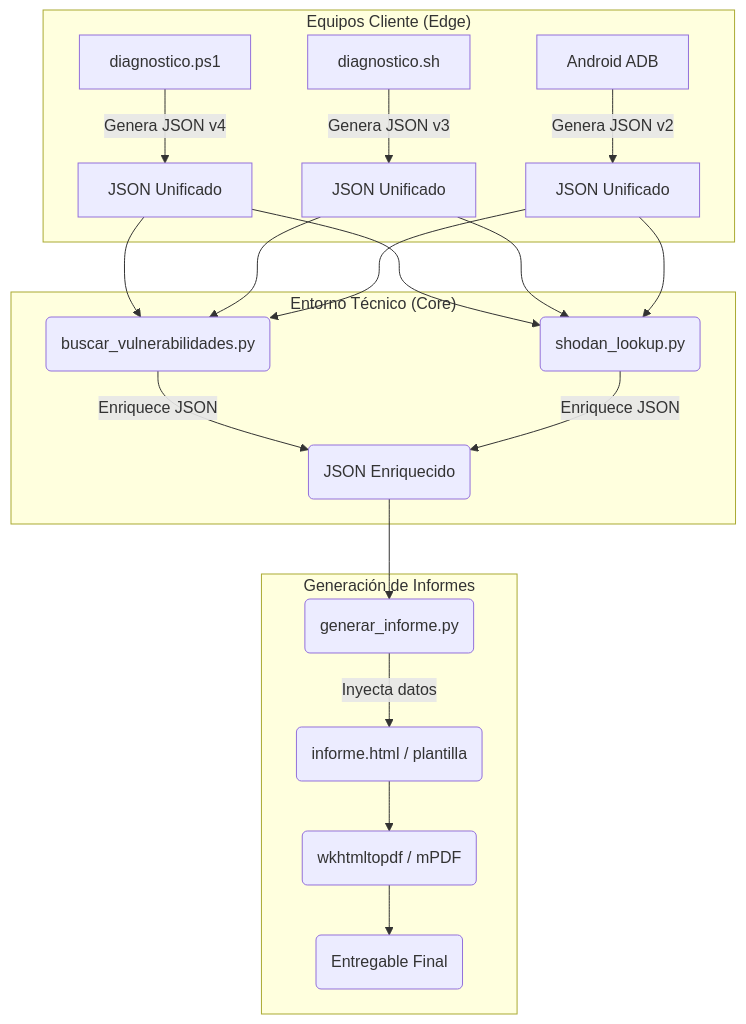
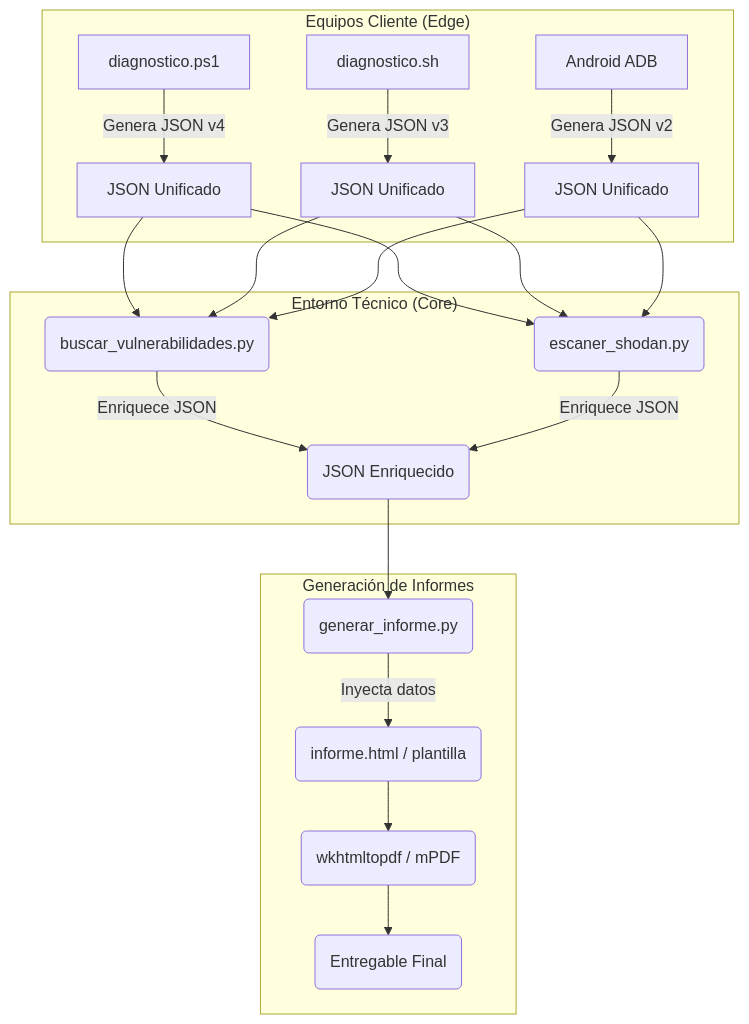
One commit to Haplee/ResolvCore changed the diagram in docs/arquitectura-scripting.md. Above: the diagram before and after it, drawn with Mermaid. The commit also changed other lines of this file and 13 other files, not shown here.

First line of the commit message:
docs(sprint): cerrar sprint 16-21 mayo, normalizar nombre escaner_shodan.py

````diff
--- a/docs/arquitectura-scripting.md
+++ b/docs/arquitectura-scripting.md
@@ -12,22 +12,22 @@
 ```mermaid
 graph TD
     subgraph Edge ["Equipos Cliente (Edge)"]
         W[diagnostico.ps1] -->|Genera JSON v4| J1[JSON Unificado]
         L[diagnostico.sh] -->|Genera JSON v3| J2[JSON Unificado]
         A[Android ADB] -->|Genera JSON v2| J3[JSON Unificado]
     end
 
     subgraph Core ["Entorno Técnico (Core)"]
         J1 & J2 & J3 --> BV(buscar_vulnerabilidades.py)
-        J1 & J2 & J3 --> SL(shodan_lookup.py)
+        J1 & J2 & J3 --> SL(escaner_shodan.py)
         BV -->|Enriquece JSON| JSON_FIN(JSON Enriquecido)
         SL -->|Enriquece JSON| JSON_FIN
     end
 
     subgraph Report ["Generación de Informes"]
         JSON_FIN --> GI(generar_informe.py)
         GI -->|Inyecta datos| TPL(informe.html / plantilla)
         TPL --> PDF(wkhtmltopdf / mPDF)
         PDF --> CLIENTE(Entregable Final)
     end
 ```
````
